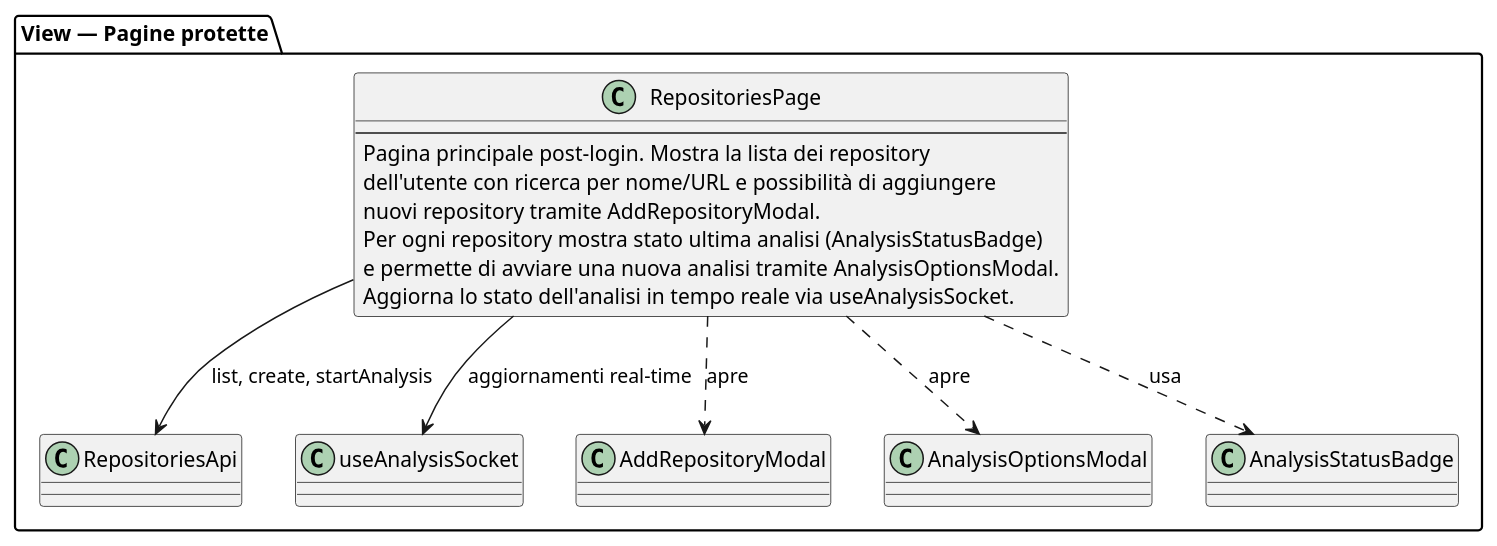
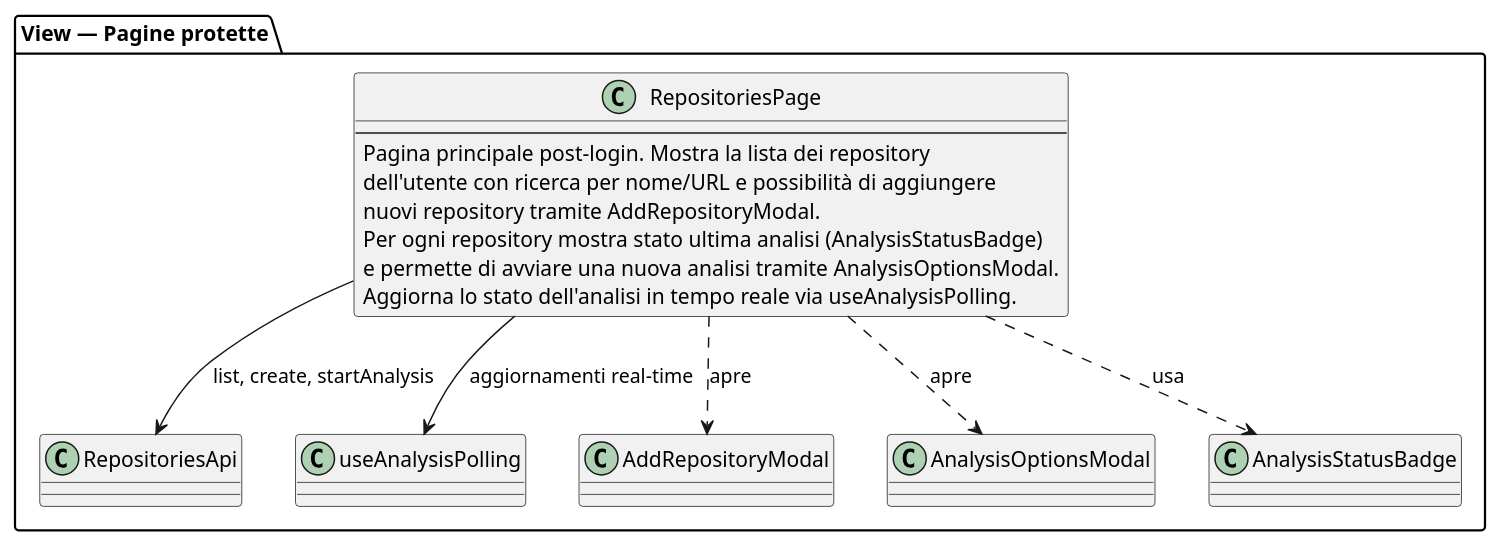
One commit to SkarabGroup/DocumentazioneProgetto changed the diagram in assets/st_diagrams/code/frontend/pages/repositories_page.plantuml. Above: the diagram before and after it, drawn with PlantUML. The commit also changed 15 other files, not shown here.

```diff
--- a/assets/st_diagrams/code/frontend/pages/repositories_page.plantuml
+++ b/assets/st_diagrams/code/frontend/pages/repositories_page.plantuml
@@ -1,19 +1,19 @@
 @startuml
 package "View — Pagine protette" {
   class RepositoriesPage {
     --
     Pagina principale post-login. Mostra la lista dei repository
     dell'utente con ricerca per nome/URL e possibilità di aggiungere
     nuovi repository tramite AddRepositoryModal.
     Per ogni repository mostra stato ultima analisi (AnalysisStatusBadge)
     e permette di avviare una nuova analisi tramite AnalysisOptionsModal.
-    Aggiorna lo stato dell'analisi in tempo reale via useAnalysisSocket.
+    Aggiorna lo stato dell'analisi in tempo reale via useAnalysisPolling.
   }
 
   RepositoriesPage --> "RepositoriesApi" : list, create, startAnalysis
-  RepositoriesPage --> "useAnalysisSocket" : aggiornamenti real-time
+  RepositoriesPage --> "useAnalysisPolling" : aggiornamenti real-time
   RepositoriesPage ..> "AddRepositoryModal" : apre
   RepositoriesPage ..> "AnalysisOptionsModal" : apre
   RepositoriesPage ..> "AnalysisStatusBadge" : usa
 }
 @enduml
```
